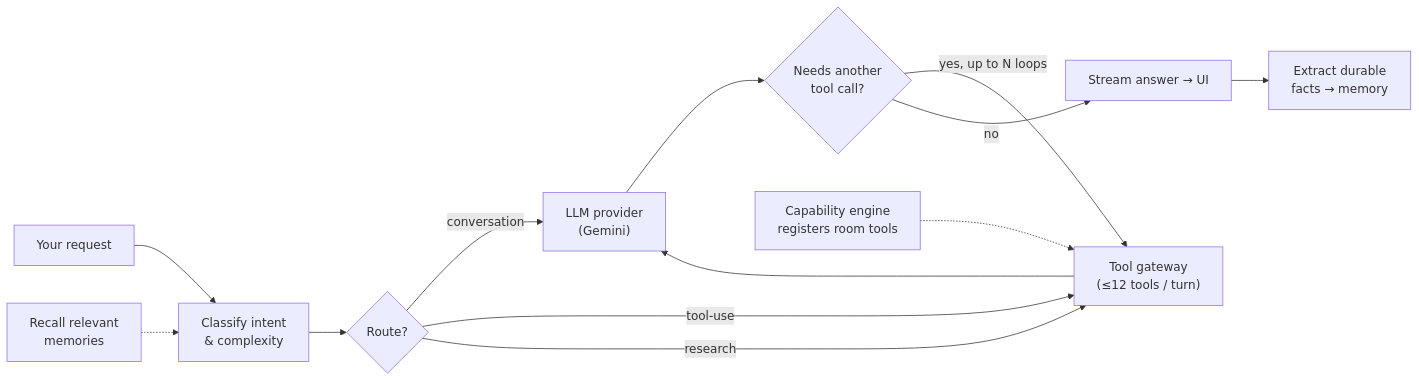
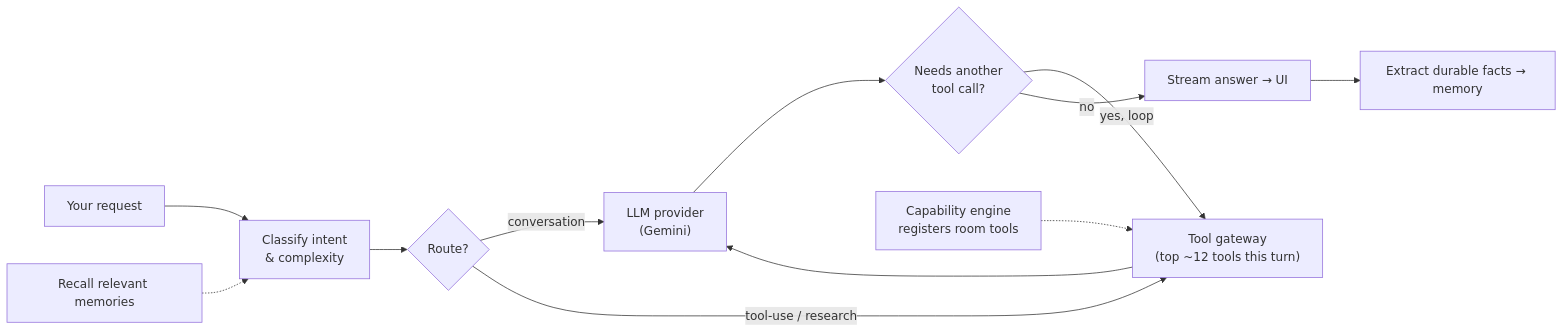
The third of 3 diagrams in README.md (devanshagrawal0/Jarvis_), drawn with Mermaid before and after one commit. The commit also changed other lines of this file and 1 other file, not shown here.

````diff
--- a/README.md
+++ b/README.md
@@ -175,15 +250,14 @@
 ```mermaid
 flowchart LR
     IN["Your request"] --> PREP["Classify intent<br/>& complexity"]
     PREP --> ROUTE{"Route?"}
     ROUTE -->|conversation| LLM["LLM provider<br/>(Gemini)"]
-    ROUTE -->|tool-use| TOOLS["Tool gateway<br/>(≤12 tools / turn)"]
-    ROUTE -->|research| TOOLS
+    ROUTE -->|tool-use / research| TOOLS["Tool gateway<br/>(top ~12 tools this turn)"]
     TOOLS --> LLM
     LLM --> ACT{"Needs another<br/>tool call?"}
-    ACT -->|yes, up to N loops| TOOLS
+    ACT -->|yes, loop| TOOLS
     ACT -->|no| OUT["Stream answer → UI"]
     CAP["Capability engine<br/>registers room tools"] -.-> TOOLS
-    MEM["Recall relevant<br/>memories"] -.-> PREP
-    OUT --> EXTRACT["Extract durable<br/>facts → memory"]
+    MEM["Recall relevant memories"] -.-> PREP
+    OUT --> EXTRACT["Extract durable facts → memory"]
 ```
````
